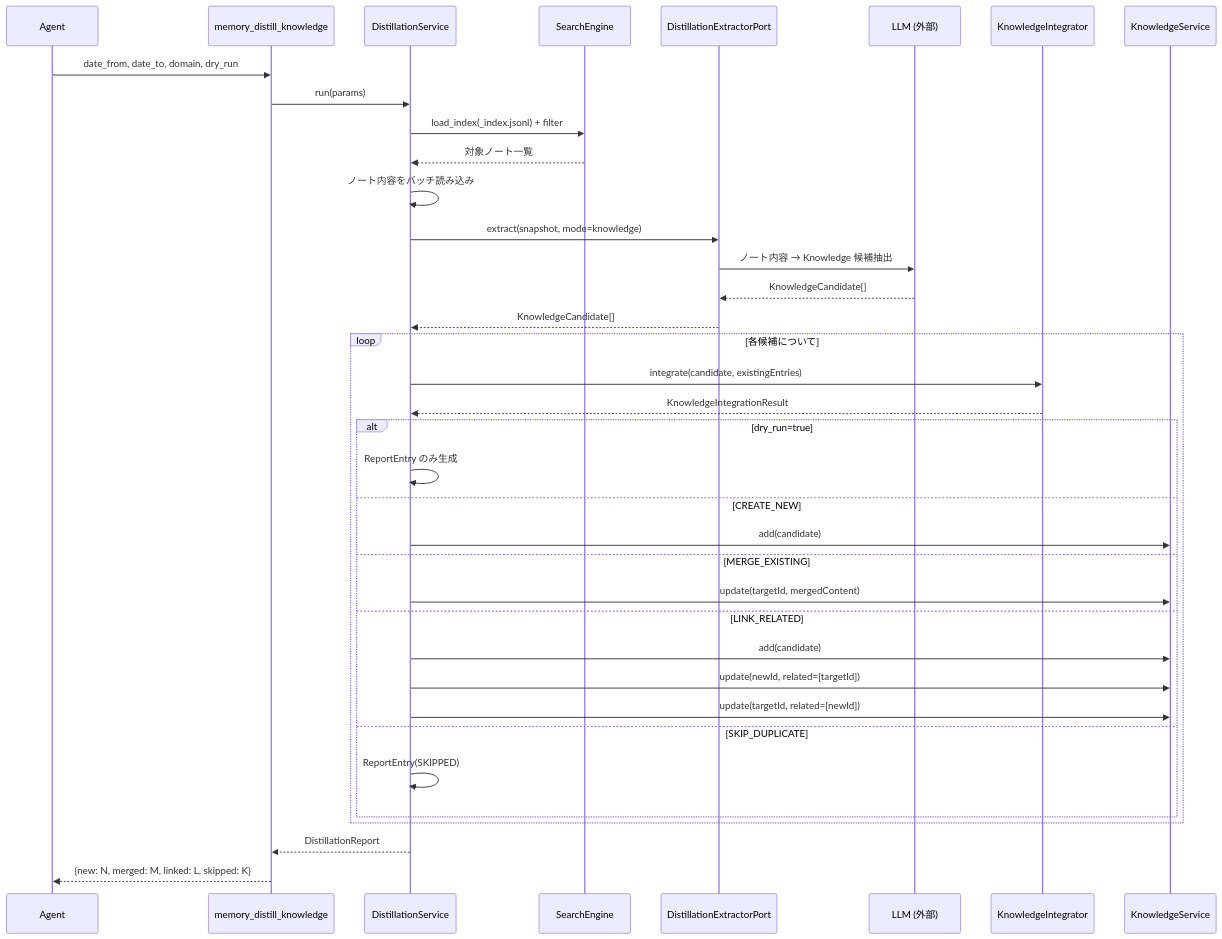
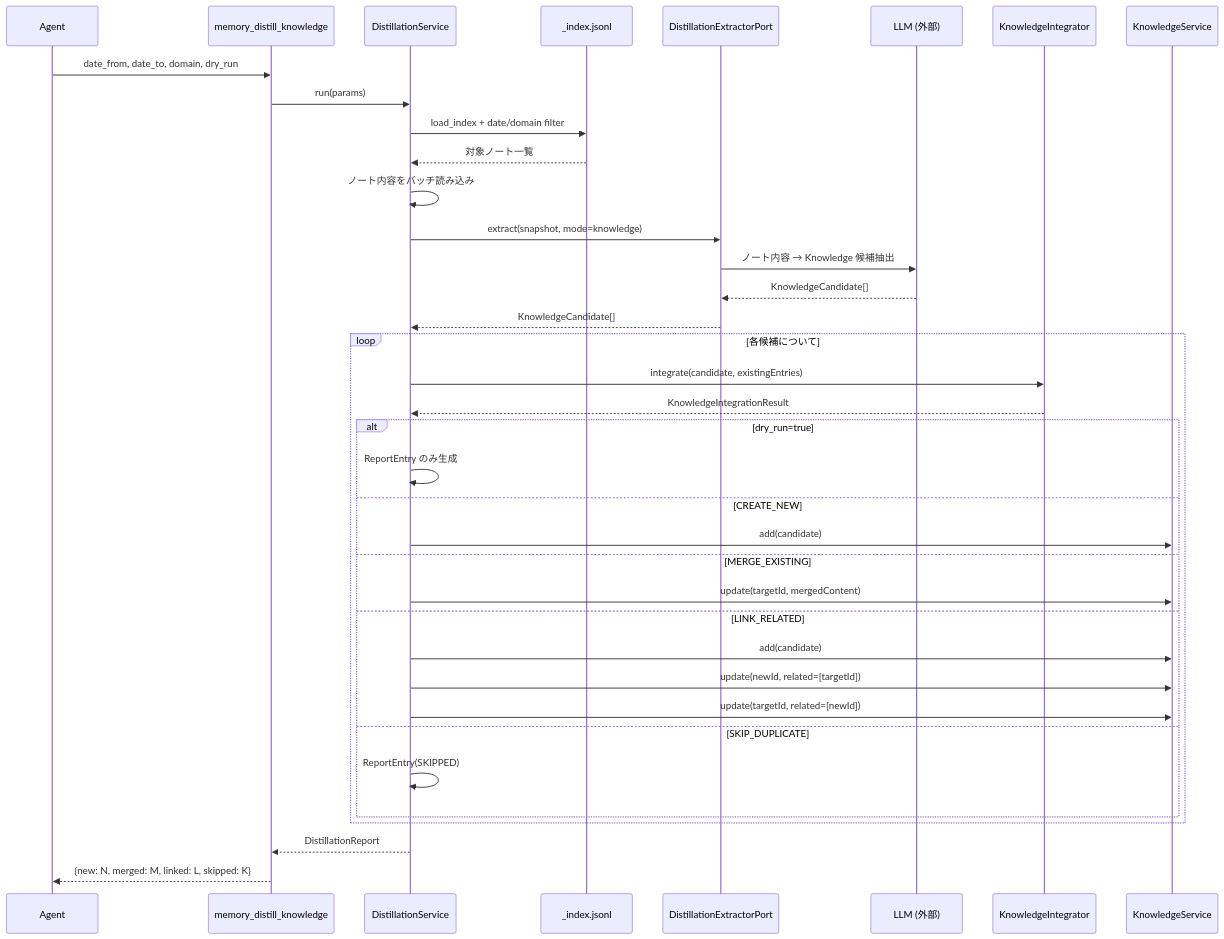
One commit to RK0429/agentic-memory changed the fourth of 6 diagrams in docs/design/ARCHITECTURE-knowledge-values.md. Above: the diagram before and after it, drawn with Mermaid. The commit also changed other lines of this file and 2 other files, not shown here.

````diff
--- a/docs/design/ARCHITECTURE-knowledge-values.md
+++ b/docs/design/ARCHITECTURE-knowledge-values.md
@@ -228,42 +227,42 @@
 ```mermaid
 sequenceDiagram
     participant A as Agent
     participant DT as memory_distill_knowledge
     participant DS as DistillationService
-    participant SE as SearchEngine
+    participant IX as _index.jsonl
     participant DX as DistillationExtractorPort
     participant LLM as LLM (外部)
     participant KI as KnowledgeIntegrator
     participant KS as KnowledgeService
 
     A->>DT: date_from, date_to, domain, dry_run
     DT->>DS: run(params)
-    DS->>SE: load_index(_index.jsonl) + filter
-    SE-->>DS: 対象ノート一覧
+    DS->>IX: load_index + date/domain filter
+    IX-->>DS: 対象ノート一覧
     DS->>DS: ノート内容をバッチ読み込み
     DS->>DX: extract(snapshot, mode=knowledge)
     DX->>LLM: ノート内容 → Knowledge 候補抽出
     LLM-->>DX: KnowledgeCandidate[]
     DX-->>DS: KnowledgeCandidate[]
 
     loop 各候補について
         DS->>KI: integrate(candidate, existingEntries)
         KI-->>DS: KnowledgeIntegrationResult
         alt dry_run=true
             DS->>DS: ReportEntry のみ生成
         else CREATE_NEW
             DS->>KS: add(candidate)
         else MERGE_EXISTING
             DS->>KS: update(targetId, mergedContent)
         else LINK_RELATED
             DS->>KS: add(candidate)
             DS->>KS: update(newId, related=[targetId])
             DS->>KS: update(targetId, related=[newId])
         else SKIP_DUPLICATE
             DS->>DS: ReportEntry(SKIPPED)
         end
     end
 
     DS-->>DT: DistillationReport
     DT-->>A: {new: N, merged: M, linked: L, skipped: K}
 ```
````
